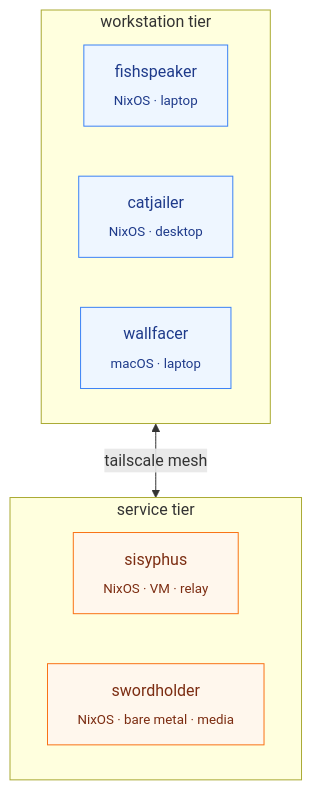
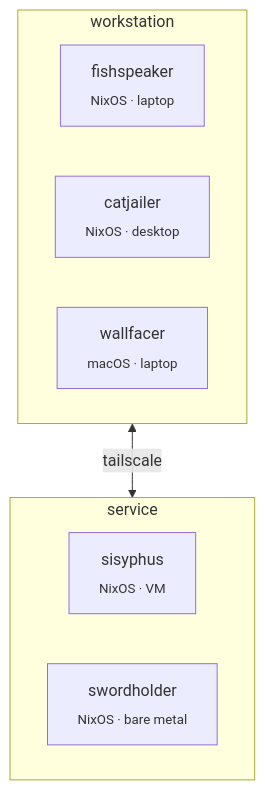
The diagram in README.md (ForeverAnApple/nixos), drawn with Mermaid before and after one commit. The commit also changed other lines of this file, not shown here.

````diff
--- a/README.md
+++ b/README.md
@@ -17,20 +15,15 @@
 ```mermaid
 flowchart TB
-    subgraph ws[workstation tier]
+    subgraph ws[workstation]
         direction LR
         fishspeaker["fishspeaker<br/><sub>NixOS · laptop</sub>"]
         catjailer["catjailer<br/><sub>NixOS · desktop</sub>"]
         wallfacer["wallfacer<br/><sub>macOS · laptop</sub>"]
     end
-    subgraph svc[service tier]
+    subgraph svc[service]
         direction LR
-        sisyphus["sisyphus<br/><sub>NixOS · VM · relay</sub>"]
-        swordholder["swordholder<br/><sub>NixOS · bare metal · media</sub>"]
+        sisyphus["sisyphus<br/><sub>NixOS · VM</sub>"]
+        swordholder["swordholder<br/><sub>NixOS · bare metal</sub>"]
     end
-    ws <-->|tailscale mesh| svc
-
-    classDef wsNode fill:#eef6ff,stroke:#3b82f6,color:#1e3a8a;
-    classDef svcNode fill:#fff7ed,stroke:#f97316,color:#7c2d12;
-    class fishspeaker,catjailer,wallfacer wsNode;
-    class sisyphus,swordholder svcNode;
+    ws <-->|tailscale| svc
 ```
````
